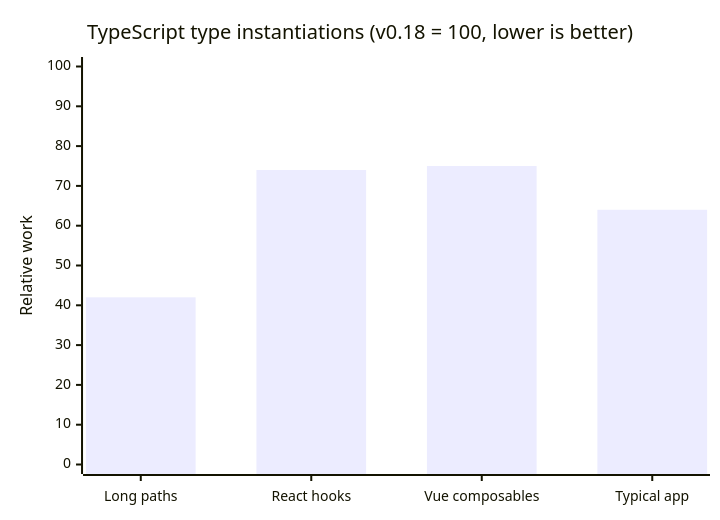
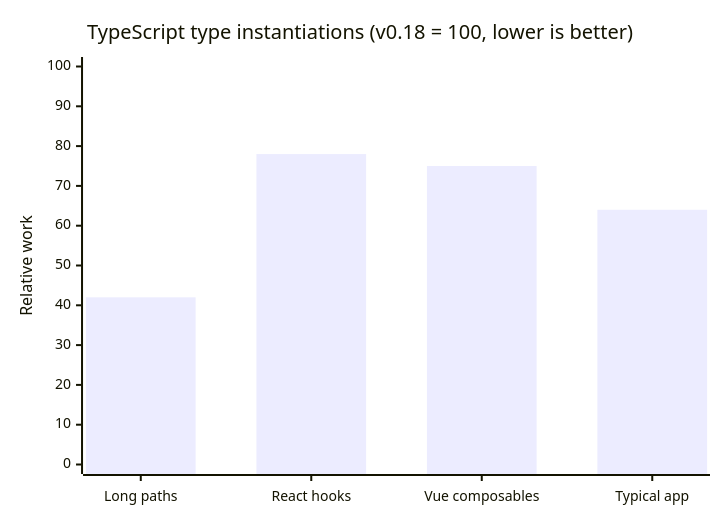
The second of 2 diagrams in website/blog/2026-10-03-v0.19-batch-set.md (reactive/data-client), drawn with Mermaid before and after one commit. The commit also changed other lines of this file and 1 other file, not shown here.

````diff
--- a/website/blog/2026-10-03-v0.19-batch-set.md
+++ b/website/blog/2026-10-03-v0.19-batch-set.md
@@ -207,7 +207,7 @@
 ```mermaid
 xychart-beta
     title "TypeScript type instantiations (v0.18 = 100, lower is better)"
     x-axis ["Long paths", "React hooks", "Vue composables", "Typical app"]
     y-axis "Relative work" 0 --> 100
-    bar [42, 74, 75, 64]
+    bar [42, 78, 75, 64]
 ```
````
